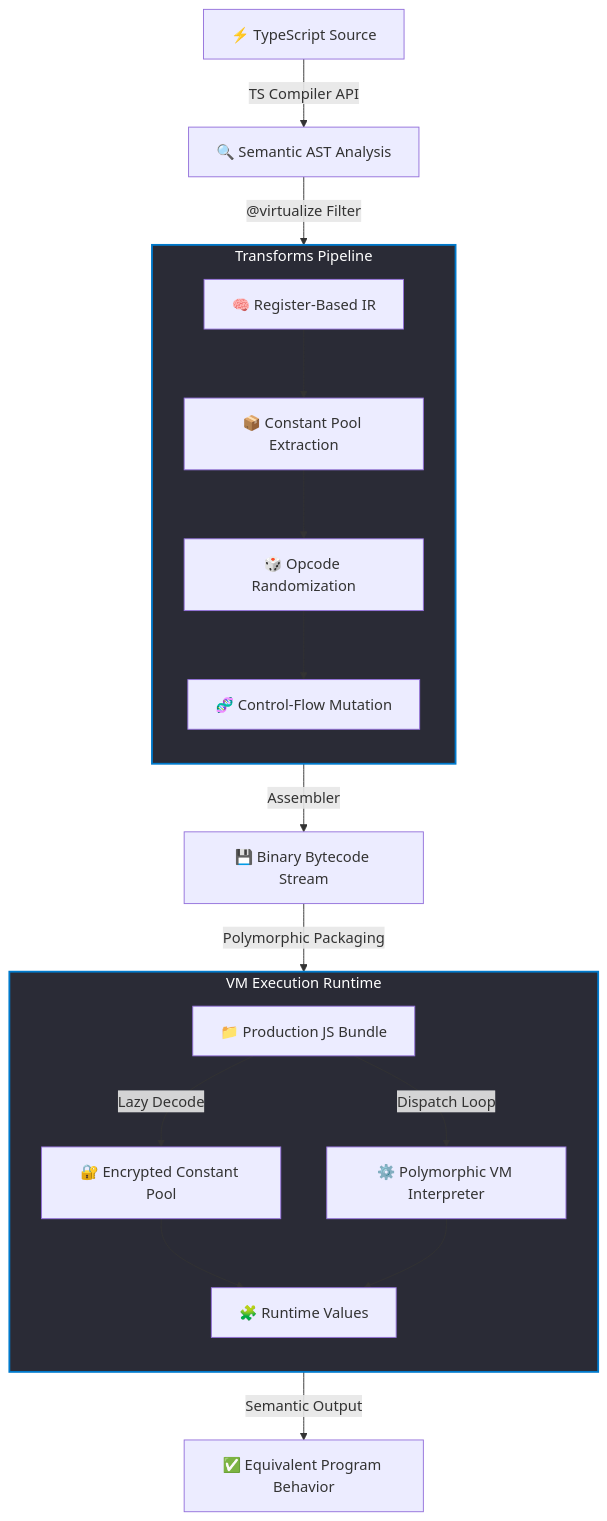
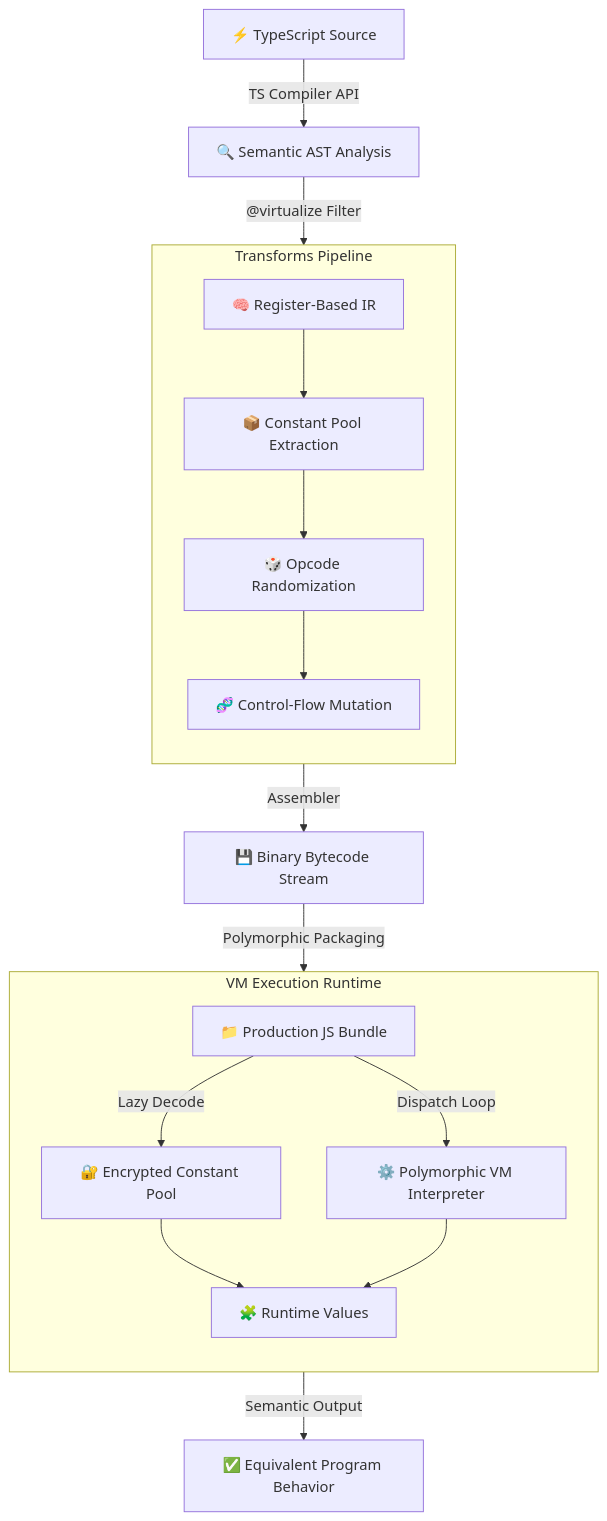
One commit to Tr0ngX/ts-vm-obfuscator changed the diagram in README.md. Above: the diagram before and after it, drawn with Mermaid. The commit also changed 1 other file, not shown here.

Commit message:
style: remove custom Mermaid styling to use native GitHub theme colors

````diff
--- a/README.md
+++ b/README.md
@@ -37,29 +37,26 @@
 ```mermaid
 graph TD
 
     A["⚡ TypeScript Source"] -->|"TS Compiler API"| B["🔍 Semantic AST Analysis"]
     B -->|"@virtualize Filter"| C["🧠 Register-Based IR"]
 
     subgraph T["Transforms Pipeline"]
         direction TB
         C --> D["📦 Constant Pool Extraction"]
         D --> E["🎲 Opcode Randomization"]
         E --> F["🧬 Control-Flow Mutation"]
     end
 
     F -->|"Assembler"| G["💾 Binary Bytecode Stream"]
     G -->|"Polymorphic Packaging"| H["📁 Production JS Bundle"]
 
     subgraph R["VM Execution Runtime"]
         direction TB
         H -->|"Lazy Decode"| I["🔐 Encrypted Constant Pool"]
         H -->|"Dispatch Loop"| J["⚙️ Polymorphic VM Interpreter"]
         I --> K["🧩 Runtime Values"]
         J --> K
     end
 
     K -->|"Semantic Output"| L["✅ Equivalent Program Behavior"]
-
-    style T fill:#2a2b36,stroke:#007acc,stroke-width:2px,color:#ffffff;
-    style R fill:#2a2b36,stroke:#007acc,stroke-width:2px,color:#ffffff;
 ```
````
